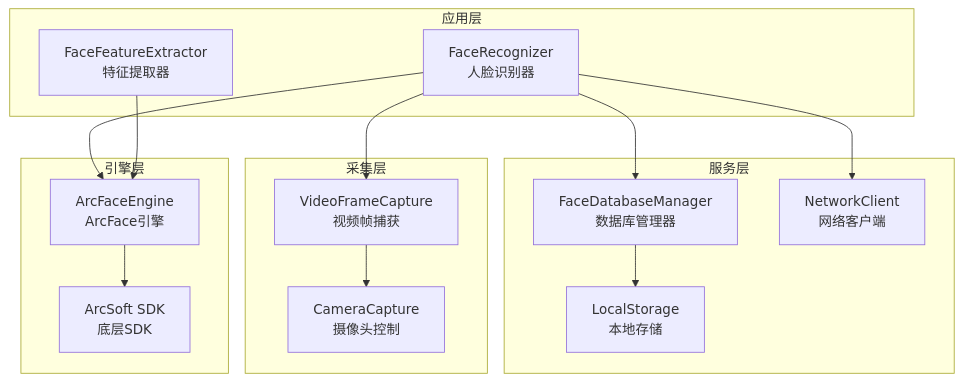
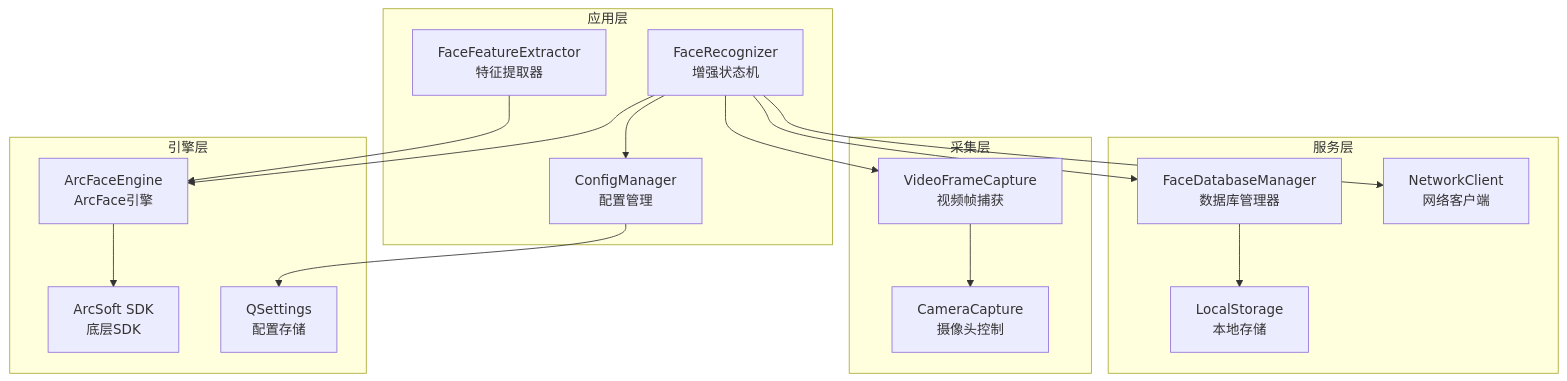
Before and after one commit to HeQiTZD/Triple-terminal-Attendance-Punching-System: the second of 12 diagrams in .qoder/repowiki/zh/content/核心模块/人脸识别模块/人脸识别模块.md, drawn with Mermaid. The commit also changed other lines of this file and 44 other files, not shown here.

````diff
--- a/.qoder/repowiki/zh/content/核心模块/人脸识别模块/人脸识别模块.md
+++ b/.qoder/repowiki/zh/content/核心模块/人脸识别模块/人脸识别模块.md
@@ -112,28 +161,32 @@
 ```mermaid
 graph TB
 subgraph "应用层"
-A[FaceRecognizer<br/>人脸识别器]
+A[FaceRecognizer<br/>增强状态机]
 B[FaceFeatureExtractor<br/>特征提取器]
+C[ConfigManager<br/>配置管理]
 end
 subgraph "服务层"
-C[FaceDatabaseManager<br/>数据库管理器]
-D[LocalStorage<br/>本地存储]
-E[NetworkClient<br/>网络客户端]
+D[FaceDatabaseManager<br/>数据库管理器]
+E[LocalStorage<br/>本地存储]
+F[NetworkClient<br/>网络客户端]
 end
 subgraph "采集层"
-F[VideoFrameCapture<br/>视频帧捕获]
-G[CameraCapture<br/>摄像头控制]
+G[VideoFrameCapture<br/>视频帧捕获]
+H[CameraCapture<br/>摄像头控制]
 end
 subgraph "引擎层"
-H[ArcFaceEngine<br/>ArcFace引擎]
-I[ArcSoft SDK<br/>底层SDK]
+I[ArcFaceEngine<br/>ArcFace引擎]
+J[ArcSoft SDK<br/>底层SDK]
+K[QSettings<br/>配置存储]
 end
+A --> D
+A --> I
+A --> G
 A --> C
-A --> H
+B --> I
+D --> E
 A --> F
-B --> H
-C --> D
-A --> E
-F --> G
-H --> I
+G --> H
+I --> J
+C --> K
 ```
````
